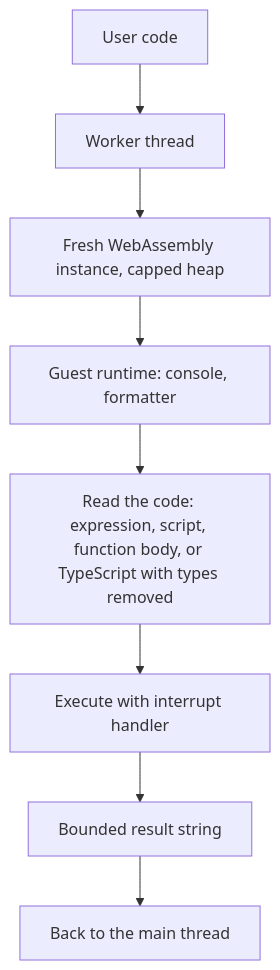
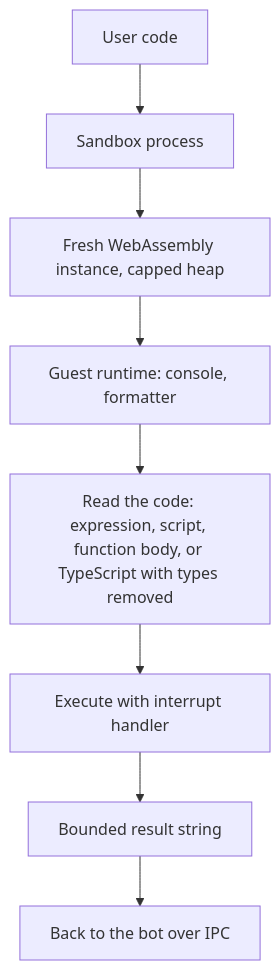
Before and after one commit to Sadykhzadeh/jsitbot: the fourth of 4 diagrams in ARCHITECTURE.md, drawn with Mermaid. The commit also changed other lines of this file and 10 other files, not shown here.

````diff
--- a/ARCHITECTURE.md
+++ b/ARCHITECTURE.md
@@ -63,10 +63,10 @@
 ```mermaid
 flowchart TD
-    A["User code"] --> B["Worker thread"]
+    A["User code"] --> B["Sandbox process"]
     B --> C["Fresh WebAssembly instance, capped heap"]
     C --> D["Guest runtime: console, formatter"]
     D --> E["Read the code: expression, script, function body, or TypeScript with types removed"]
     E --> F["Execute with interrupt handler"]
     F --> G["Bounded result string"]
-    G --> H["Back to the main thread"]
+    G --> H["Back to the bot over IPC"]
 ```
````
